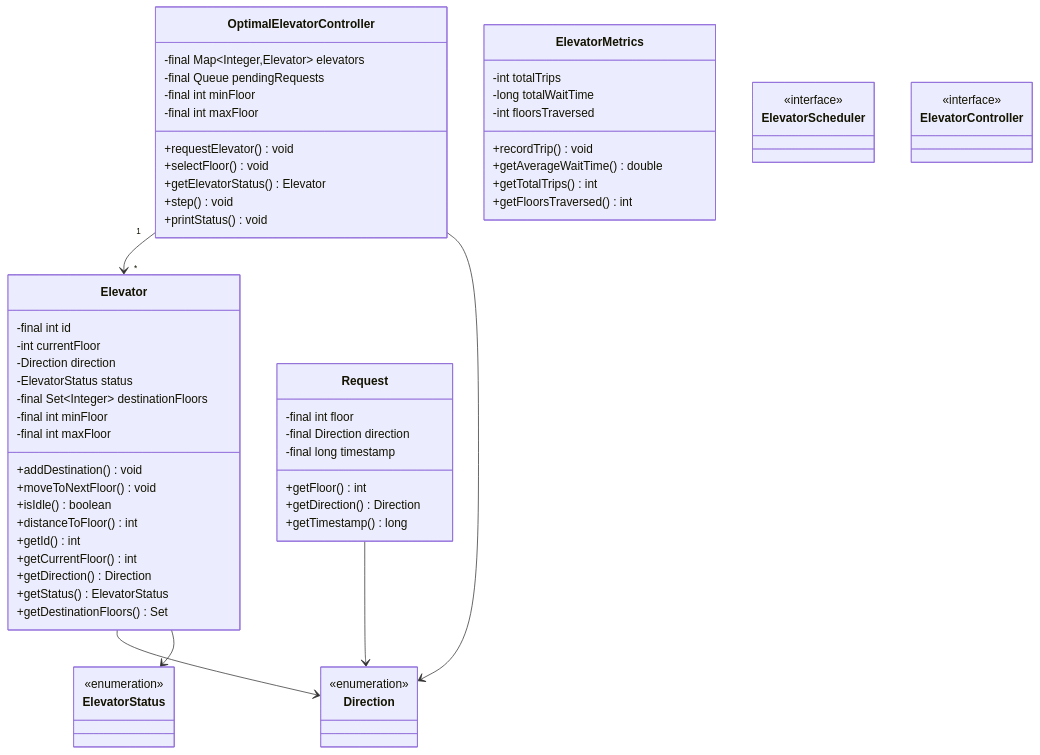
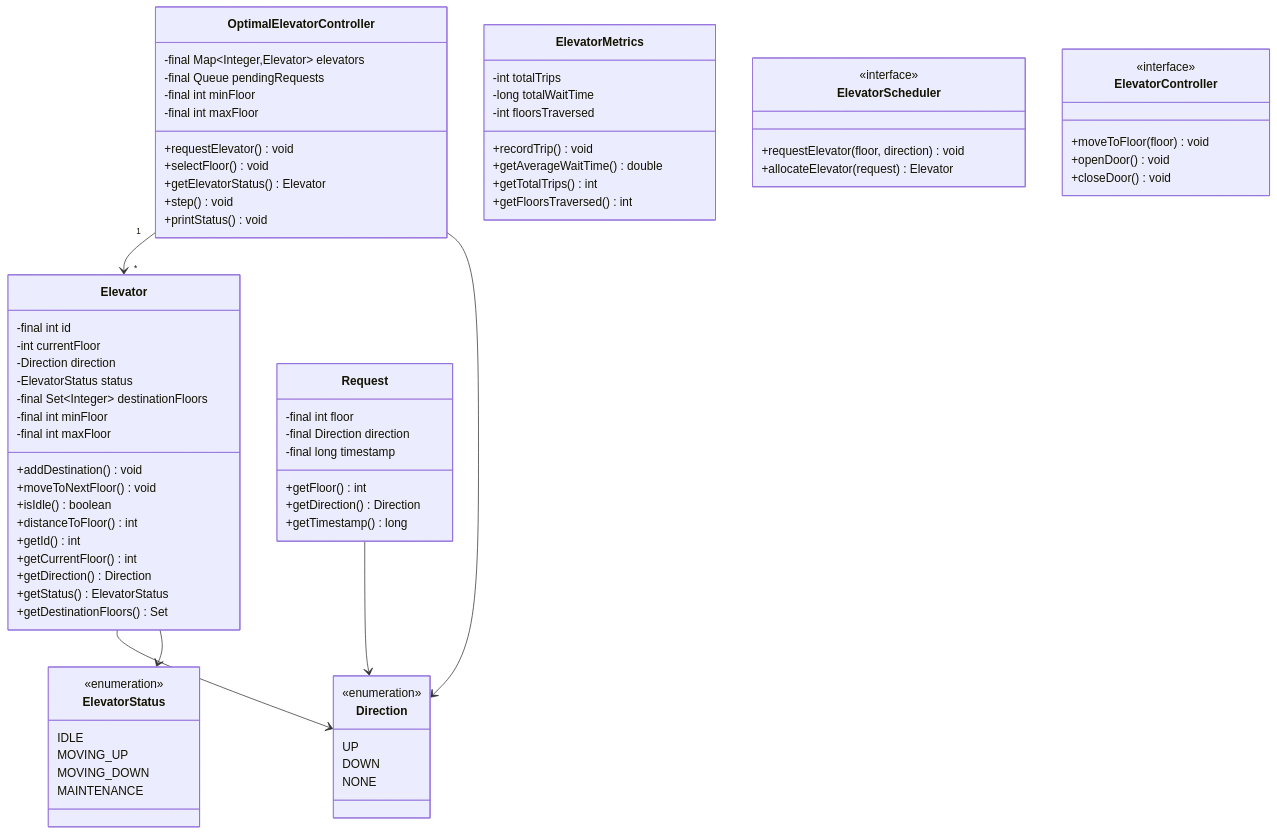
Before and after one commit to dlkr18/lld-playbook: the diagram in docs/problems/elevator/README.md, drawn with Mermaid. The commit also changed 95 other files, not shown here.

```diff
--- a/docs/problems/elevator/README.md
+++ b/docs/problems/elevator/README.md
@@ -444,8 +444,11 @@
         +getFloorsTraversed() int
     }
 
-    class ElevatorScheduler
-    <<interface>> ElevatorScheduler
+    class ElevatorScheduler {
+        <<interface>>
+        +requestElevator(floor, direction) void
+        +allocateElevator(request) Elevator
+    }
 
     class Elevator {
         -final int id
@@ -466,11 +469,20 @@
         +getDestinationFloors() Set<Integer>
     }
 
-    class ElevatorStatus
-    <<enumeration>> ElevatorStatus
+    class ElevatorStatus {
+        <<enumeration>>
+        IDLE
+        MOVING_UP
+        MOVING_DOWN
+        MAINTENANCE
+    }
 
-    class Direction
-    <<enumeration>> Direction
+    class Direction {
+        <<enumeration>>
+        UP
+        DOWN
+        NONE
+    }
 
     class Request {
         -final int floor
@@ -481,8 +493,12 @@
         +getTimestamp() long
     }
 
-    class ElevatorController
-    <<interface>> ElevatorController
+    class ElevatorController {
+        <<interface>>
+        +moveToFloor(floor) void
+        +openDoor() void
+        +closeDoor() void
+    }
 
     Elevator --> Direction
     Elevator --> ElevatorStatus
```
